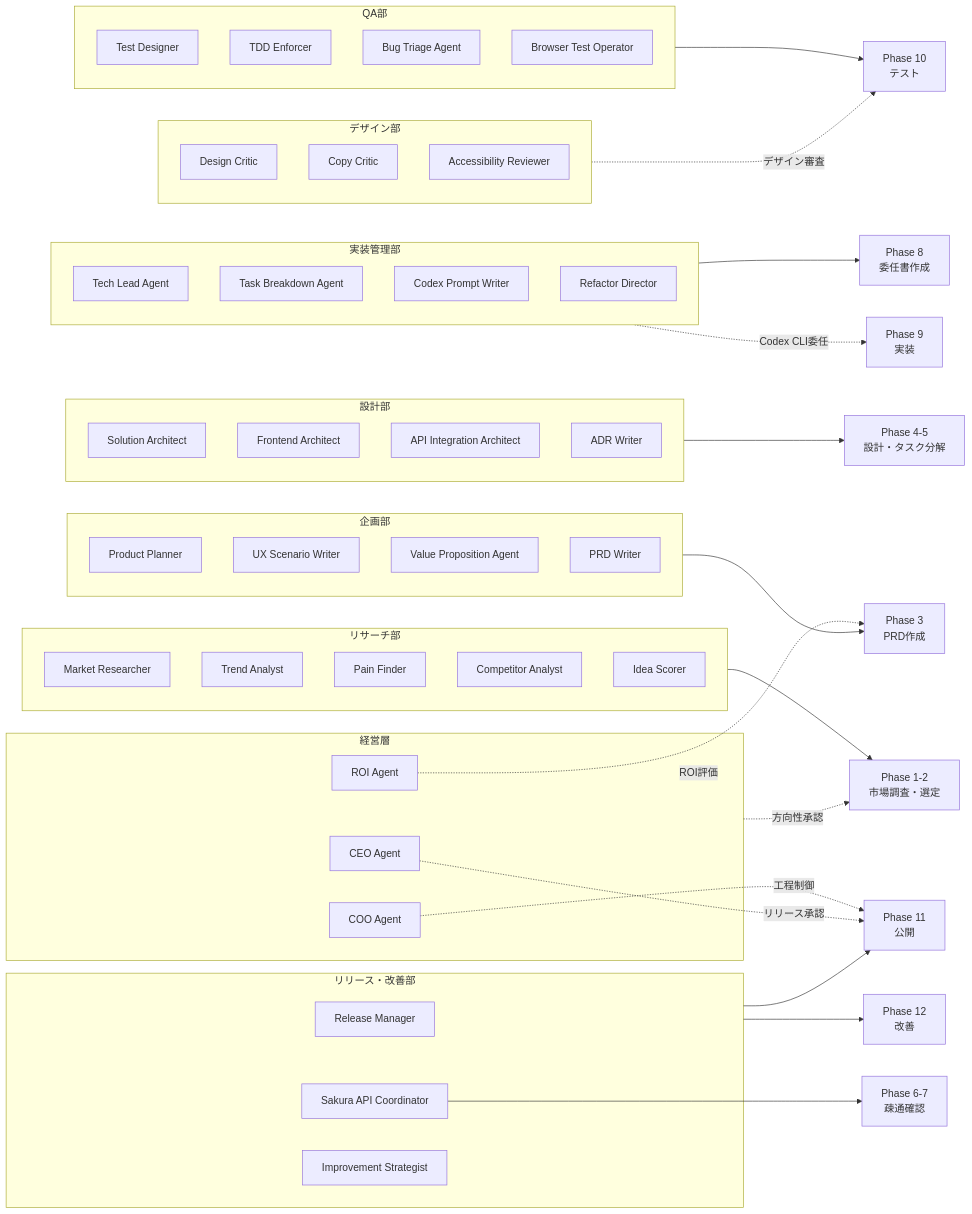
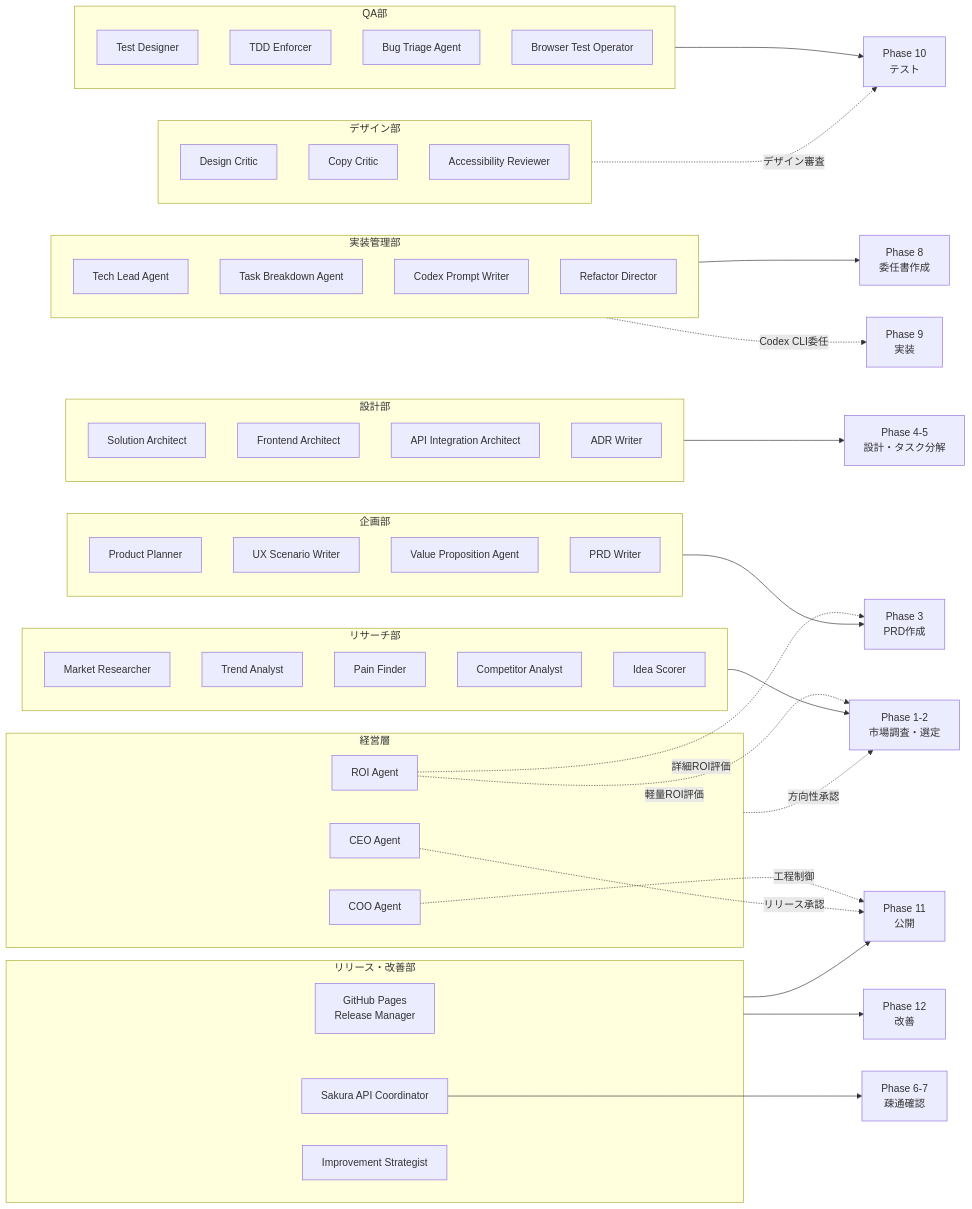
The fourth of 5 diagrams in USECASE.md (garyohosu/openclaw-app-company), drawn with Mermaid before and after one commit. The commit also changed other lines of this file and 2 other files, not shown here.

````diff
--- a/USECASE.md
+++ b/USECASE.md
@@ -189,81 +189,82 @@
 ```mermaid
 flowchart LR
     subgraph EXEC["経営層"]
         CEO["CEO Agent"]
         COO["COO Agent"]
         ROI["ROI Agent"]
     end
 
     subgraph RESEARCH["リサーチ部"]
         MR["Market Researcher"]
         TA["Trend Analyst"]
         PF["Pain Finder"]
         CA["Competitor Analyst"]
         IS["Idea Scorer"]
     end
 
     subgraph PLAN["企画部"]
         PP["Product Planner"]
         UX["UX Scenario Writer"]
         VP["Value Proposition Agent"]
         PW["PRD Writer"]
     end
 
     subgraph DESIGN["設計部"]
         SA["Solution Architect"]
         FA["Frontend Architect"]
         AA["API Integration Architect"]
         AW["ADR Writer"]
     end
 
     subgraph IMPL["実装管理部"]
         TL["Tech Lead Agent"]
         TB["Task Breakdown Agent"]
         CP["Codex Prompt Writer"]
         RD["Refactor Director"]
     end
 
     subgraph QA["QA部"]
         TD["Test Designer"]
         TDD["TDD Enforcer"]
         BT["Bug Triage Agent"]
         BTO["Browser Test Operator"]
     end
 
     subgraph DESIGN2["デザイン部"]
         DC["Design Critic"]
         CC["Copy Critic"]
         AR["Accessibility Reviewer"]
     end
 
     subgraph RELEASE["リリース・改善部"]
-        RM["Release Manager"]
+        RM["GitHub Pages\nRelease Manager"]
         SC["Sakura API Coordinator"]
         IS2["Improvement Strategist"]
     end
 
     P1["Phase 1-2\n市場調査・選定"]
     P3["Phase 3\nPRD作成"]
     P4["Phase 4-5\n設計・タスク分解"]
     P6["Phase 6-7\n疎通確認"]
     P8["Phase 8\n委任書作成"]
     P9["Phase 9\n実装"]
     P10["Phase 10\nテスト"]
     P11["Phase 11\n公開"]
     P12["Phase 12\n改善"]
 
     RESEARCH --> P1
     EXEC -. "方向性承認" .-> P1
     PLAN --> P3
-    ROI -. "ROI評価" .-> P3
+    ROI -. "軽量ROI評価" .-> P1
+    ROI -. "詳細ROI評価" .-> P3
     DESIGN --> P4
     SC --> P6
     IMPL --> P8
     IMPL -. "Codex CLI委任" .-> P9
     QA --> P10
     DESIGN2 -. "デザイン審査" .-> P10
     RELEASE --> P11
     RELEASE --> P12
     COO -. "工程制御" .-> P11
     CEO -. "リリース承認" .-> P11
 ```
````
